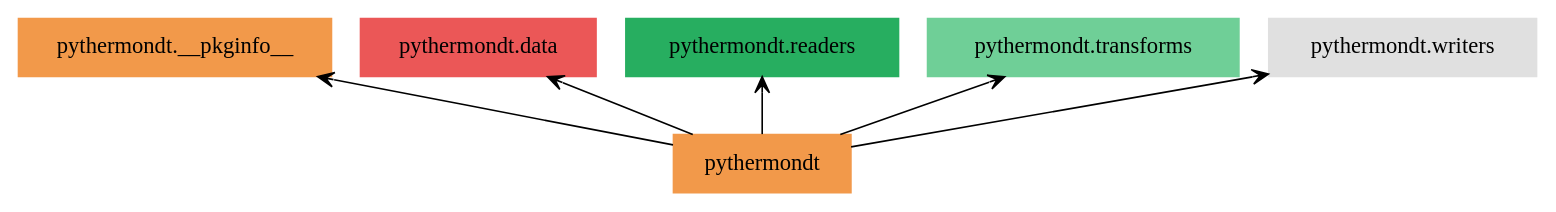
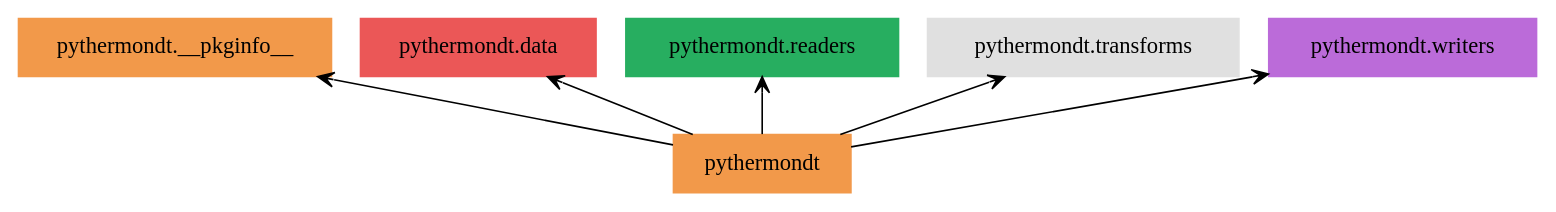
One commit to voidsy-gmbh/pyThermoNDT changed the diagram in docs/pyreverse/packages_pythermondt.gv. Above: the diagram before and after it, drawn with Graphviz. The commit also changed 3 other files, not shown here.

Commit message:
Update pyreverse diagrams

```diff
--- a/docs/pyreverse/packages_pythermondt.gv
+++ b/docs/pyreverse/packages_pythermondt.gv
@@ -1,15 +1,15 @@
 digraph "packages_pythermondt" {
 rankdir=BT
 charset="utf-8"
 "pythermondt" [color="#F2994A", label=<pythermondt>, shape="box", style="filled"];
 "pythermondt.__pkginfo__" [color="#F2994A", label=<pythermondt.__pkginfo__>, shape="box", style="filled"];
 "pythermondt.data" [color="#EB5757", label=<pythermondt.data>, shape="box", style="filled"];
 "pythermondt.readers" [color="#27AE60", label=<pythermondt.readers>, shape="box", style="filled"];
-"pythermondt.transforms" [color="#6FCF97", label=<pythermondt.transforms>, shape="box", style="filled"];
-"pythermondt.writers" [color="#E0E0E0", label=<pythermondt.writers>, shape="box", style="filled"];
+"pythermondt.transforms" [color="#E0E0E0", label=<pythermondt.transforms>, shape="box", style="filled"];
+"pythermondt.writers" [color="#BB6BD9", label=<pythermondt.writers>, shape="box", style="filled"];
 "pythermondt" -> "pythermondt.__pkginfo__" [arrowhead="open", arrowtail="none"];
 "pythermondt" -> "pythermondt.data" [arrowhead="open", arrowtail="none"];
 "pythermondt" -> "pythermondt.readers" [arrowhead="open", arrowtail="none"];
 "pythermondt" -> "pythermondt.transforms" [arrowhead="open", arrowtail="none"];
 "pythermondt" -> "pythermondt.writers" [arrowhead="open", arrowtail="none"];
 }
```
